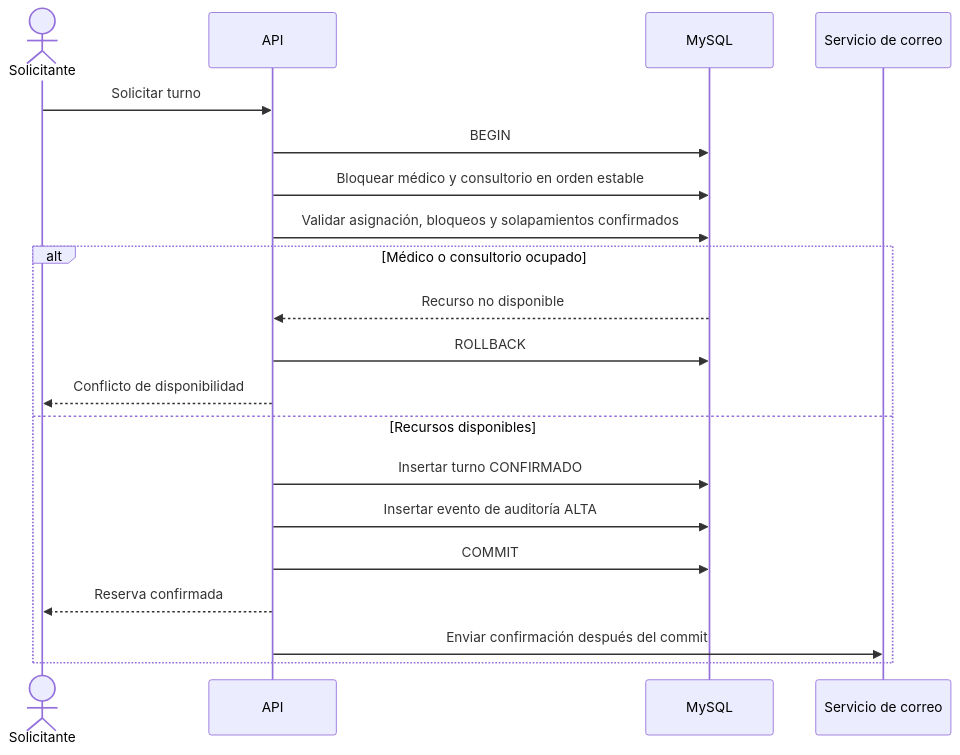
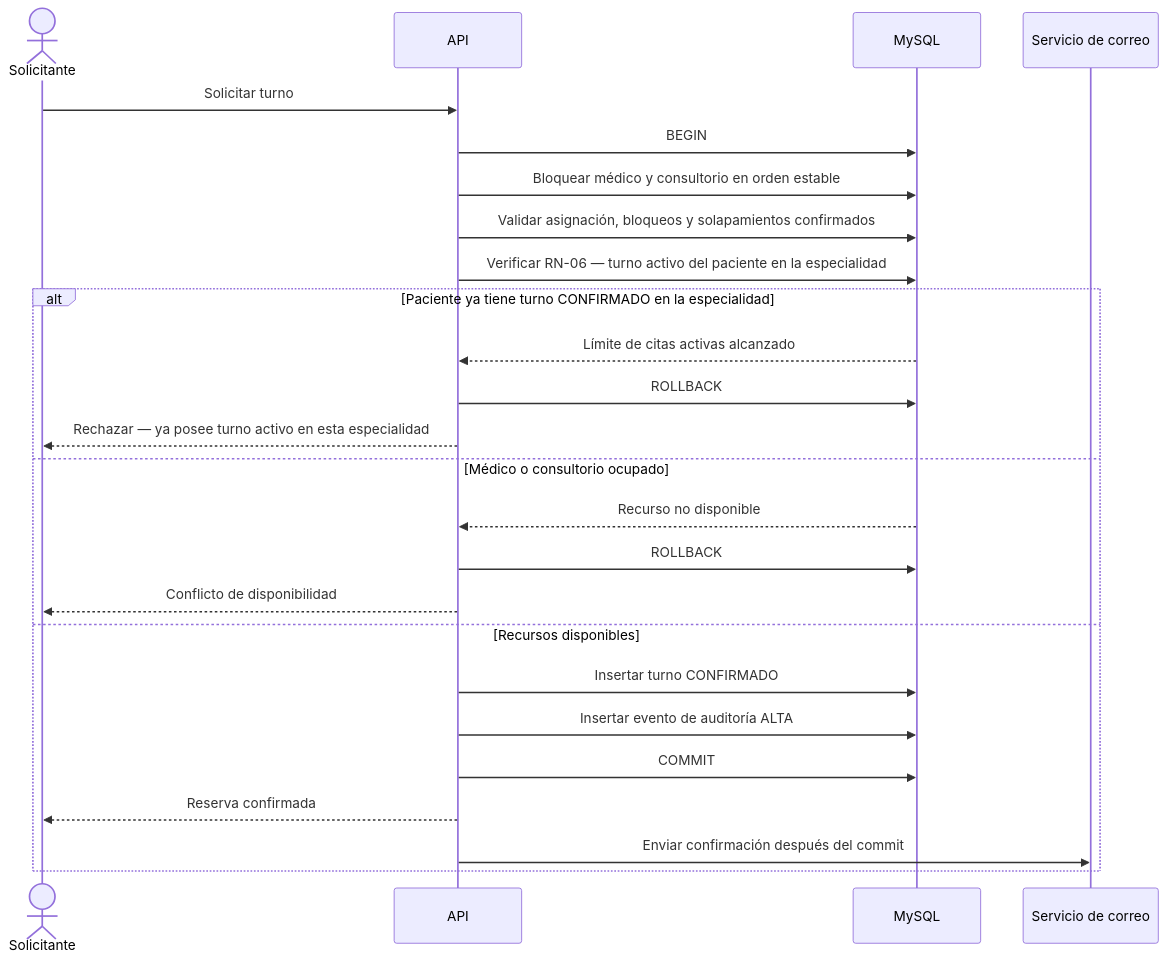
One commit to mz-juan/TRABAJO-FINAL---TUPAD changed the first of 4 diagrams in docs/diagramas/flujos_criticos.md. Above: the diagram before and after it, drawn with Mermaid. The commit also changed 4 other files, not shown here.

````diff
--- a/docs/diagramas/flujos_criticos.md
+++ b/docs/diagramas/flujos_criticos.md
@@ -5,23 +5,28 @@
 ```mermaid
 sequenceDiagram
     actor Solicitante
     participant API
     participant DB as MySQL
     participant Mail as Servicio de correo
 
     Solicitante->>API: Solicitar turno
     API->>DB: BEGIN
     API->>DB: Bloquear médico y consultorio en orden estable
     API->>DB: Validar asignación, bloqueos y solapamientos confirmados
-    alt Médico o consultorio ocupado
+    API->>DB: Verificar RN-06 — turno activo del paciente en la especialidad
+    alt Paciente ya tiene turno CONFIRMADO en la especialidad
+        DB-->>API: Límite de citas activas alcanzado
+        API->>DB: ROLLBACK
+        API-->>Solicitante: Rechazar — ya posee turno activo en esta especialidad
+    else Médico o consultorio ocupado
         DB-->>API: Recurso no disponible
         API->>DB: ROLLBACK
         API-->>Solicitante: Conflicto de disponibilidad
     else Recursos disponibles
         API->>DB: Insertar turno CONFIRMADO
         API->>DB: Insertar evento de auditoría ALTA
         API->>DB: COMMIT
         API-->>Solicitante: Reserva confirmada
         API->>Mail: Enviar confirmación después del commit
     end
 ```
````
